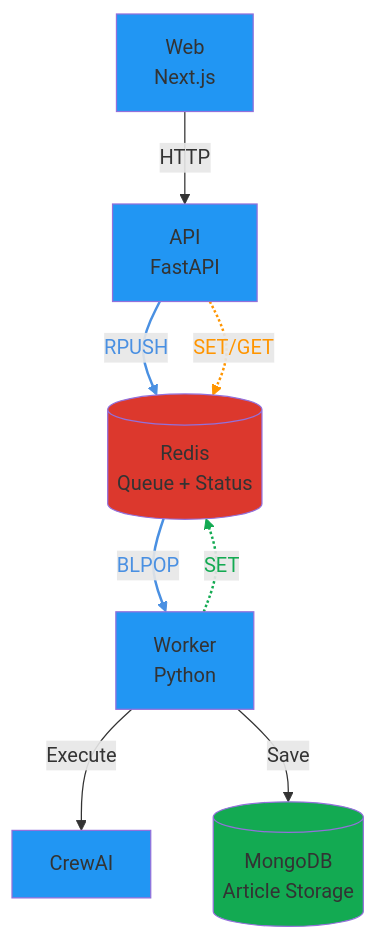
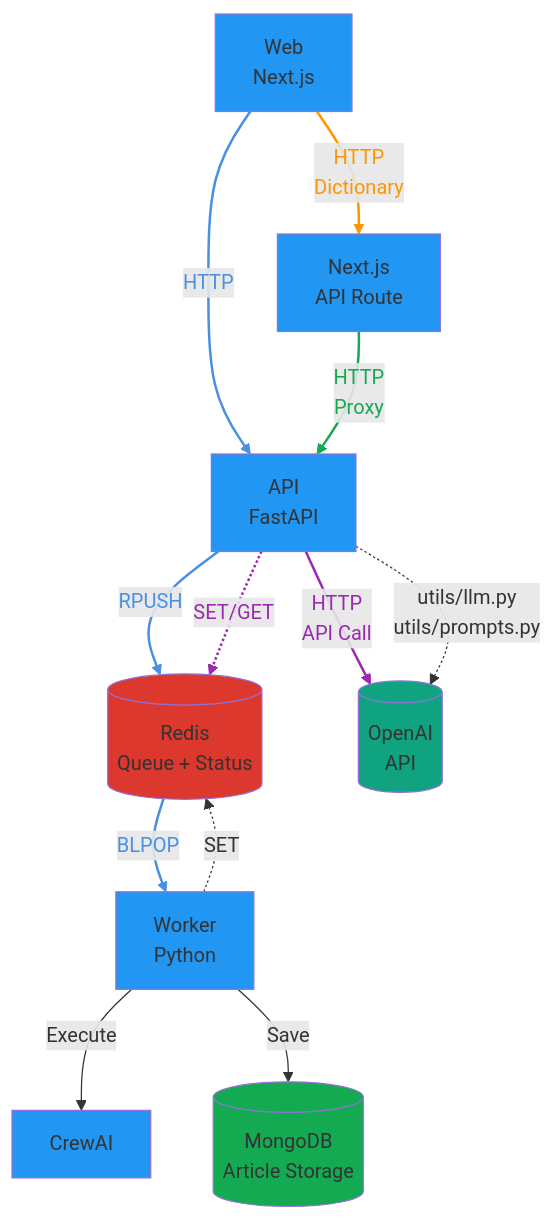
The first of 4 diagrams in ARCHITECTURE.md (seung-gu/opad), drawn with Mermaid before and after one commit. The commit also changed other lines of this file and 13 other files, not shown here.

First line of the commit message:
feat: add dictionary API for word definitions and enhance MarkdownViewer

````diff
--- a/ARCHITECTURE.md
+++ b/ARCHITECTURE.md
@@ -46,23 +46,34 @@
 ```mermaid
 graph TB
     Web[Web<br/>Next.js] -->|HTTP| API[API<br/>FastAPI]
     API -->|RPUSH| Redis[(Redis<br/>Queue + Status)]
     Redis -->|BLPOP| Worker[Worker<br/>Python]
     Worker -->|Execute| CrewAI[CrewAI]
     Worker -->|Save| MongoDB[(MongoDB<br/>Article Storage)]
     
+    Web -->|HTTP<br/>Dictionary| NextAPI[Next.js<br/>API Route]
+    NextAPI -->|HTTP<br/>Proxy| API
+    API -->|HTTP<br/>API Call| OpenAI[(OpenAI<br/>API)]
+    
     API -.->|SET/GET| Redis
     Worker -.->|SET| Redis
     
+    API -.->|utils/llm.py<br/>utils/prompts.py| OpenAI
+    
     style Web fill:#2196F3
+    style NextAPI fill:#2196F3
     style API fill:#2196F3
     style Worker fill:#2196F3
     style CrewAI fill:#2196F3
     style Redis fill:#dc382d
     style MongoDB fill:#13aa52
+    style OpenAI fill:#10a37f
     
+    linkStyle 0 stroke:#4a90e2,stroke-width:2px,color:#4a90e2
     linkStyle 1 stroke:#4a90e2,stroke-width:2px,color:#4a90e2
     linkStyle 2 stroke:#4a90e2,stroke-width:2px,color:#4a90e2
     linkStyle 5 stroke:#ff9500,stroke-width:2px,color:#ff9500
     linkStyle 6 stroke:#13aa52,stroke-width:2px,color:#13aa52
+    linkStyle 7 stroke:#9c27b0,stroke-width:2px,color:#9c27b0
+    linkStyle 8 stroke:#9c27b0,stroke-width:2px,color:#9c27b0
 ```
````
